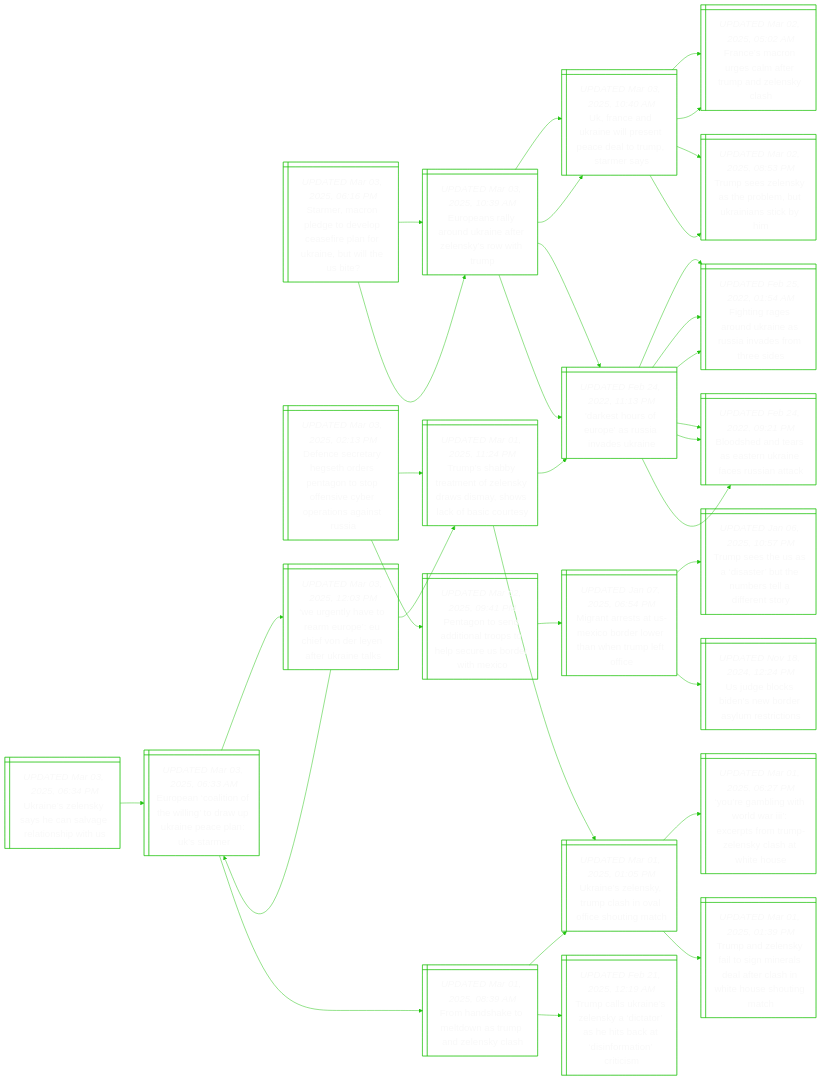
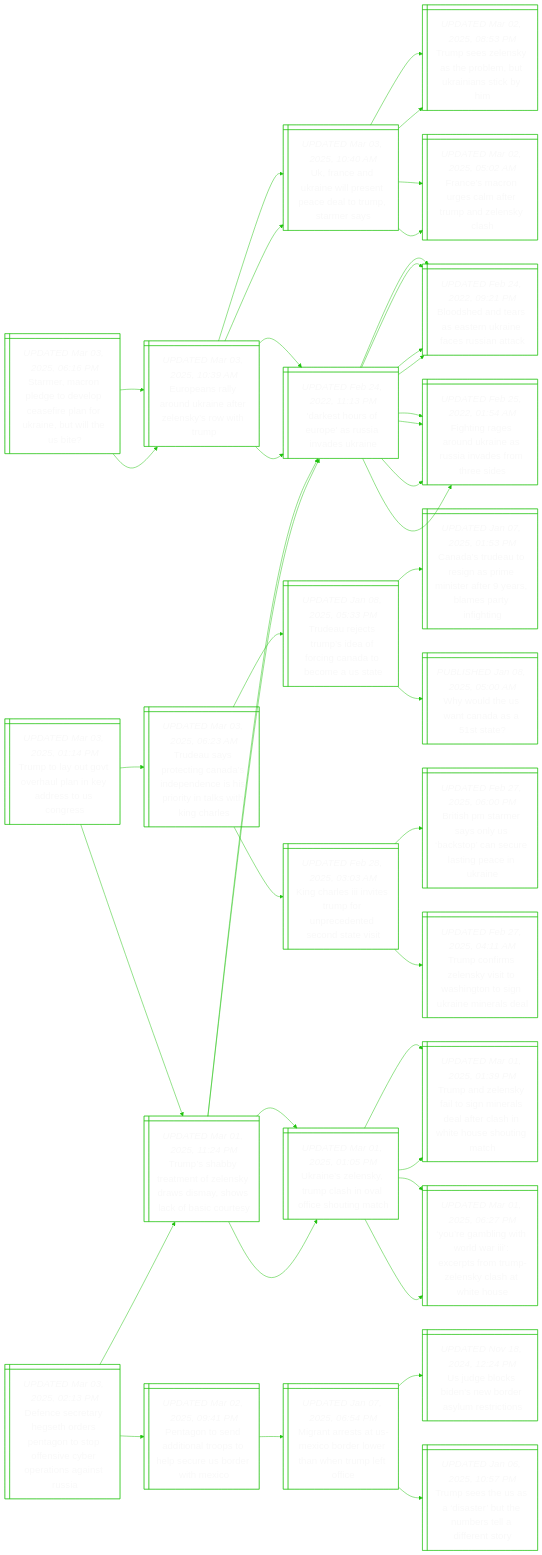
One commit to notJmes/notJmes changed the diagram in README.md. Above: the diagram before and after it, drawn with Mermaid. The commit also changed other lines of this file, not shown here.

````diff
--- a/README.md
+++ b/README.md
@@ -62,6 +62,52 @@
 DsruasvUn:::txtsize --> Bsnranicsak:::txtsize
 DsruasvUn:::txtsize --> Figokesnsts:::txtsize
 
+TtovrpndsCe@{ shape: win-pane, label: "_UPDATED Mar 03, 2025, 01:14 PM_
+Trump to lay out govt overhaul plan in key address to us congress" }
+Tasegdddipitwia@{ shape: win-pane, label: "_UPDATED Mar 03, 2025, 06:23 AM_
+Trudeau says protecting canada’s independence is his priority in talks with king charles" }
+Taerifinoms@{ shape: win-pane, label: "_UPDATED Jan 08, 2025, 05:33 PM_
+Trudeau rejects trump’s idea of forcing canada to become a us state" }
+Cadogrieermrfi@{ shape: win-pane, label: "_UPDATED Jan 07, 2025, 01:53 PM_
+Canada’s trudeau to resign as prime minister after 9 years, blames party infighting" }
+Wuenaaa@{ shape: win-pane, label: "_PUBLISHED Jan 08, 2025, 05:00 AM_
+Why would the us want canada as a 51st state?" }
+Khsnspneeoas@{ shape: win-pane, label: "_UPDATED Feb 28, 2025, 03:03 AM_
+King charles iii invites trump for unprecedented second state visit" }
+BstroSsauspia@{ shape: win-pane, label: "_UPDATED Feb 27, 2025, 06:00 PM_
+British pm starmer says only us ‘backstop’ can secure lasting peace in ukraine" }
+Tcrlytstskere@{ shape: win-pane, label: "_UPDATED Feb 27, 2025, 04:11 AM_
+Trump confirms zelensky visit to washington to sign ukraine minerals deal" }
+Tsbatlysawksuy@{ shape: win-pane, label: "_UPDATED Mar 01, 2025, 11:24 PM_
+Trump’s shabby treatment of zelensky draws dismay, shows lack of basic courtesy" }
+Unlyphaiogh@{ shape: win-pane, label: "_UPDATED Mar 01, 2025, 01:05 PM_
+Ukraine’s zelensky, trump clash in oval office shouting match" }
+TalytnretaWHsit@{ shape: win-pane, label: "_UPDATED Mar 01, 2025, 01:39 PM_
+Trump and zelensky fail to sign minerals deal after clash in white house shouting match" }
+YgitlIcsTZsaWH@{ shape: win-pane, label: "_UPDATED Mar 01, 2025, 06:27 PM_
+‘you’re gambling with world war iii’: excerpts from trump-zelensky clash at white house" }
+DsruasvUn@{ shape: win-pane, label: "_UPDATED Feb 24, 2022, 11:13 PM_
+'darkest hours of europe' as russia invades ukraine" }
+Bsnranicsak@{ shape: win-pane, label: "_UPDATED Feb 24, 2022, 09:21 PM_
+Bloodshed and tears as eastern ukraine faces russian attack" }
+Figokesnsts@{ shape: win-pane, label: "_UPDATED Feb 25, 2022, 01:54 AM_
+Fighting rages around ukraine as russia invades from three sides" }
+
+TtovrpndsCe:::txtsize --> Tasegdddipitwia:::txtsize
+Tasegdddipitwia:::txtsize --> Taerifinoms:::txtsize
+Taerifinoms:::txtsize --> Cadogrieermrfi:::txtsize
+Taerifinoms:::txtsize --> Wuenaaa:::txtsize
+Tasegdddipitwia:::txtsize --> Khsnspneeoas:::txtsize
+Khsnspneeoas:::txtsize --> BstroSsauspia:::txtsize
+Khsnspneeoas:::txtsize --> Tcrlytstskere:::txtsize
+TtovrpndsCe:::txtsize --> Tsbatlysawksuy:::txtsize
+Tsbatlysawksuy:::txtsize --> Unlyphaiogh:::txtsize
+Unlyphaiogh:::txtsize --> TalytnretaWHsit:::txtsize
+Unlyphaiogh:::txtsize --> YgitlIcsTZsaWH:::txtsize
+Tsbatlysawksuy:::txtsize --> DsruasvUn:::txtsize
+DsruasvUn:::txtsize --> Bsnranicsak:::txtsize
+DsruasvUn:::txtsize --> Figokesnsts:::txtsize
+
 Dcryedeotfverniu@{ shape: win-pane, label: "_UPDATED Mar 03, 2025, 02:13 PM_
 Defence secretary hegseth orders pentagon to stop offensive cyber operations against russia" }
 Tsbatlysawksuy@{ shape: win-pane, label: "_UPDATED Mar 01, 2025, 11:24 PM_
@@ -99,29 +145,4 @@
 Mnetxolthufi:::txtsize --> Ugcdedyecs:::txtsize
 Mnetxolthufi:::txtsize --> Tshsabeelfnr:::txtsize
 
-Unlyhsgasi@{ shape: win-pane, label: "_UPDATED Mar 03, 2025, 06:34 PM_
-Ukraine’s zelensky says he can salvage relationship with us" }
-Eeaohlouaelsm@{ shape: win-pane, label: "_UPDATED Mar 03, 2025, 06:33 AM_
-European ‘coalition of the willing’ to draw up ukraine peace plan: uk’s starmer" }
-FaamoTalyh@{ shape: win-pane, label: "_UPDATED Mar 01, 2025, 08:39 AM_
-From handshake to meltdown as trump and zelensky clash" }
-Unlyphaiogh@{ shape: win-pane, label: "_UPDATED Mar 01, 2025, 01:05 PM_
-Ukraine’s zelensky, trump clash in oval office shouting match" }
-TcUnlytaicioiis@{ shape: win-pane, label: "_UPDATED Feb 21, 2025, 12:19 AM_
-Trump calls ukraine’s zelensky a ‘dictator’ as he hits back at ‘disinformation’ criticism" }
-WehomphoLaUnk@{ shape: win-pane, label: "_UPDATED Mar 03, 2025, 12:03 PM_
-‘we urgently have to rearm europe’: eu chief von der leyen after ukraine talks" }
-Eeaohlouaelsm@{ shape: win-pane, label: "_UPDATED Mar 03, 2025, 06:33 AM_
-European ‘coalition of the willing’ to draw up ukraine peace plan: uk’s starmer" }
-Tsbatlysawksuy@{ shape: win-pane, label: "_UPDATED Mar 01, 2025, 11:24 PM_
-Trump’s shabby treatment of zelensky draws dismay, shows lack of basic courtesy" }
-
-Unlyhsgasi:::txtsize --> Eeaohlouaelsm:::txtsize
-Eeaohlouaelsm:::txtsize --> FaamoTalyh:::txtsize
-FaamoTalyh:::txtsize --> Unlyphaiogh:::txtsize
-FaamoTalyh:::txtsize --> TcUnlytaicioiis:::txtsize
-Eeaohlouaelsm:::txtsize --> WehomphoLaUnk:::txtsize
-WehomphoLaUnk:::txtsize --> Eeaohlouaelsm:::txtsize
-WehomphoLaUnk:::txtsize --> Tsbatlysawksuy:::txtsize
-
 ```
````
